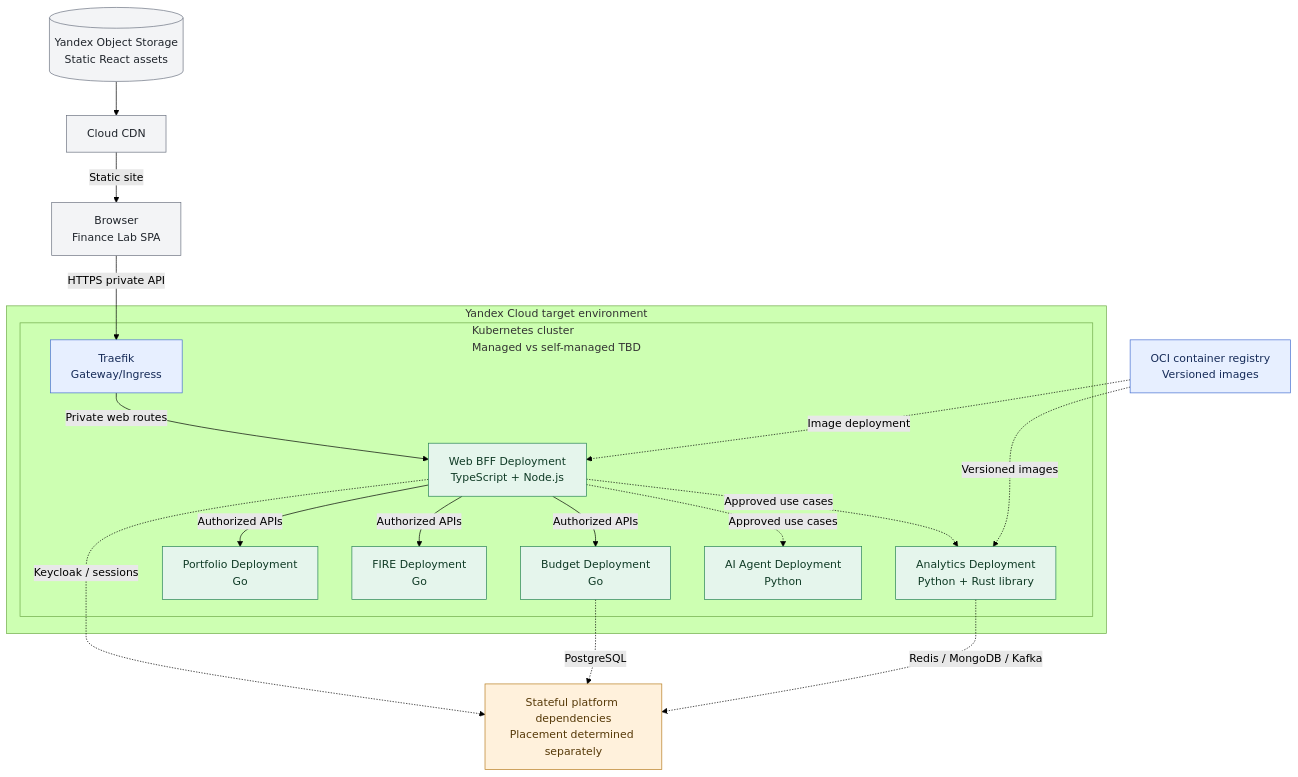
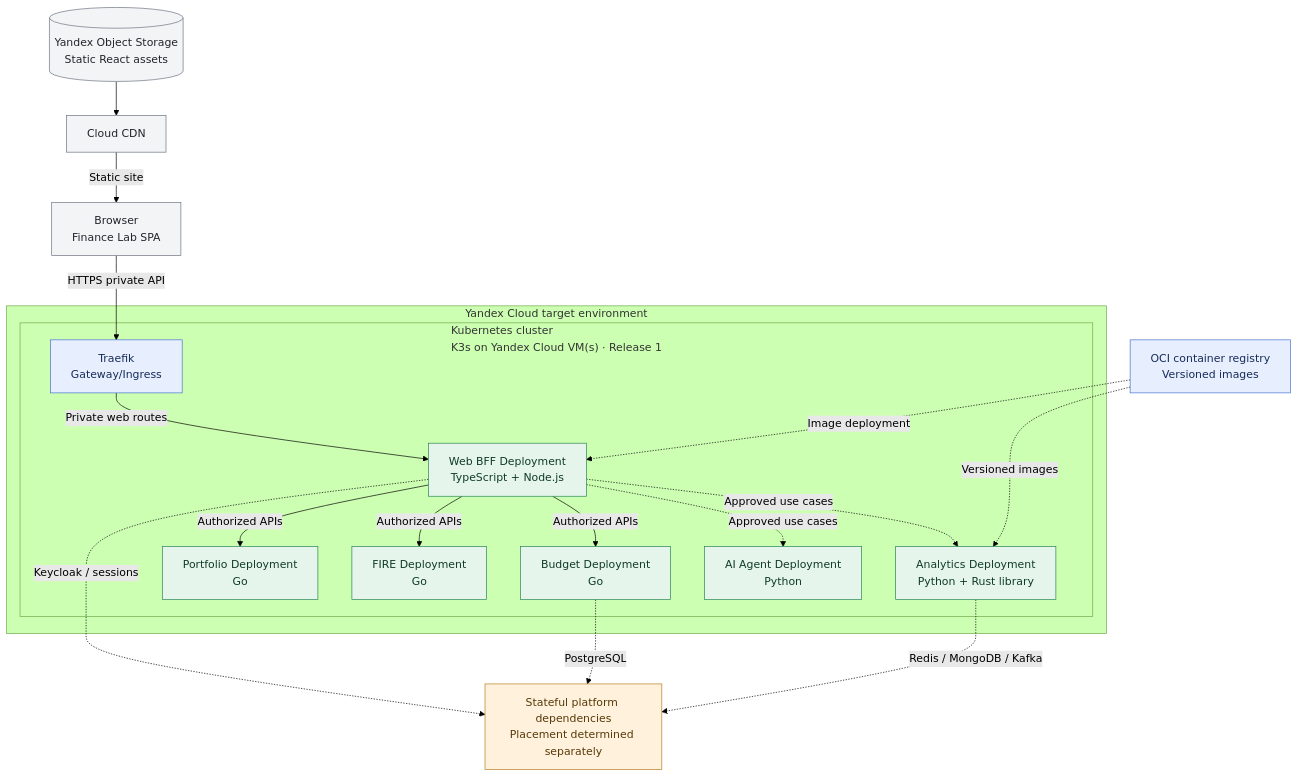
One commit to anton415/finance-lab changed the diagram in docs/architecture/decisions/0016-kubernetes-release1-deployment.md. Above: the diagram before and after it, drawn with Mermaid (forest theme). The commit also changed other lines of this file and 1 other file, not shown here.

First line of the commit message:
docs(architecture): accept ADR-017 K3s-first deployment strategy

````diff
--- a/docs/architecture/decisions/0016-kubernetes-release1-deployment.md
+++ b/docs/architecture/decisions/0016-kubernetes-release1-deployment.md
@@ -28,46 +28,46 @@
 ```mermaid
 flowchart TD
     ORIGIN[("Yandex Object Storage<br/>Static React assets")]
     CDN["Cloud CDN"]
     WEB["Browser<br/>Finance Lab SPA"]
     REG["OCI container registry<br/>Versioned images"]
 
     subgraph CLOUD["Yandex Cloud target environment"]
-        subgraph K8S["Kubernetes cluster<br/>Managed vs self-managed TBD"]
+        subgraph K8S["Kubernetes cluster<br/>K3s on Yandex Cloud VM(s) · Release 1"]
             EDGE["Traefik<br/>Gateway/Ingress"]
             BFF["Web BFF Deployment<br/>TypeScript + Node.js"]
             B["Budget Deployment<br/>Go"]
             P["Portfolio Deployment<br/>Go"]
             F["FIRE Deployment<br/>Go"]
             AN["Analytics Deployment<br/>Python + Rust library"]
             AI["AI Agent Deployment<br/>Python"]
 
             EDGE -->|"Private web routes"| BFF
             BFF -->|"Authorized APIs"| B
             BFF -->|"Authorized APIs"| P
             BFF -->|"Authorized APIs"| F
             BFF -.->|"Approved use cases"| AN
             BFF -.->|"Approved use cases"| AI
         end
     end
 
     STATE["Stateful platform dependencies<br/>Placement determined separately"]
 
     ORIGIN --> CDN
     CDN -->|"Static site"| WEB
     WEB -->|"HTTPS private API"| EDGE
     REG -.->|"Image deployment"| BFF
     REG -.->|"Versioned images"| AN
     BFF -.->|"Keycloak / sessions"| STATE
     B -.->|"PostgreSQL"| STATE
     AN -.->|"Redis / MongoDB / Kafka"| STATE
 
     classDef client fill:#F3F4F6,stroke:#6B7280,color:#20252C;
     classDef edge fill:#E7EFFF,stroke:#466FD1,color:#162B58;
     classDef app fill:#E5F5EC,stroke:#278254,color:#103B26;
     classDef pending fill:#FFF1DC,stroke:#B77D20,color:#563908;
     class ORIGIN,CDN,WEB client;
     class REG,EDGE edge;
     class BFF,B,P,F,AN,AI app;
     class STATE pending;
 ```
````
